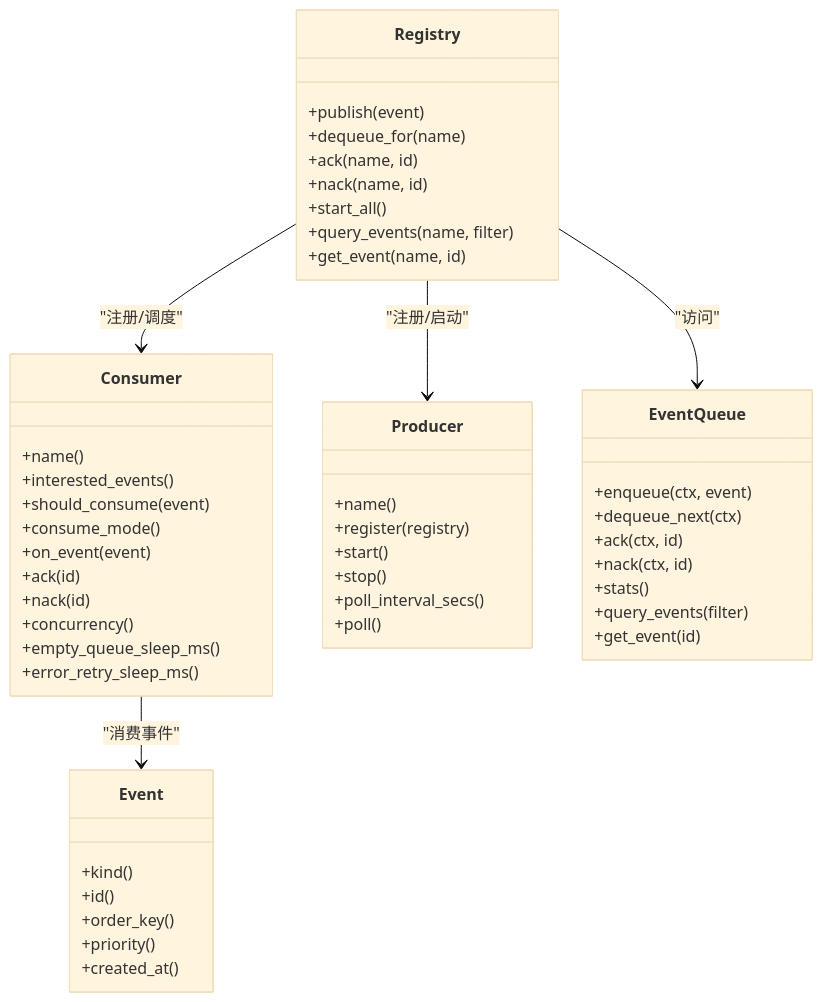
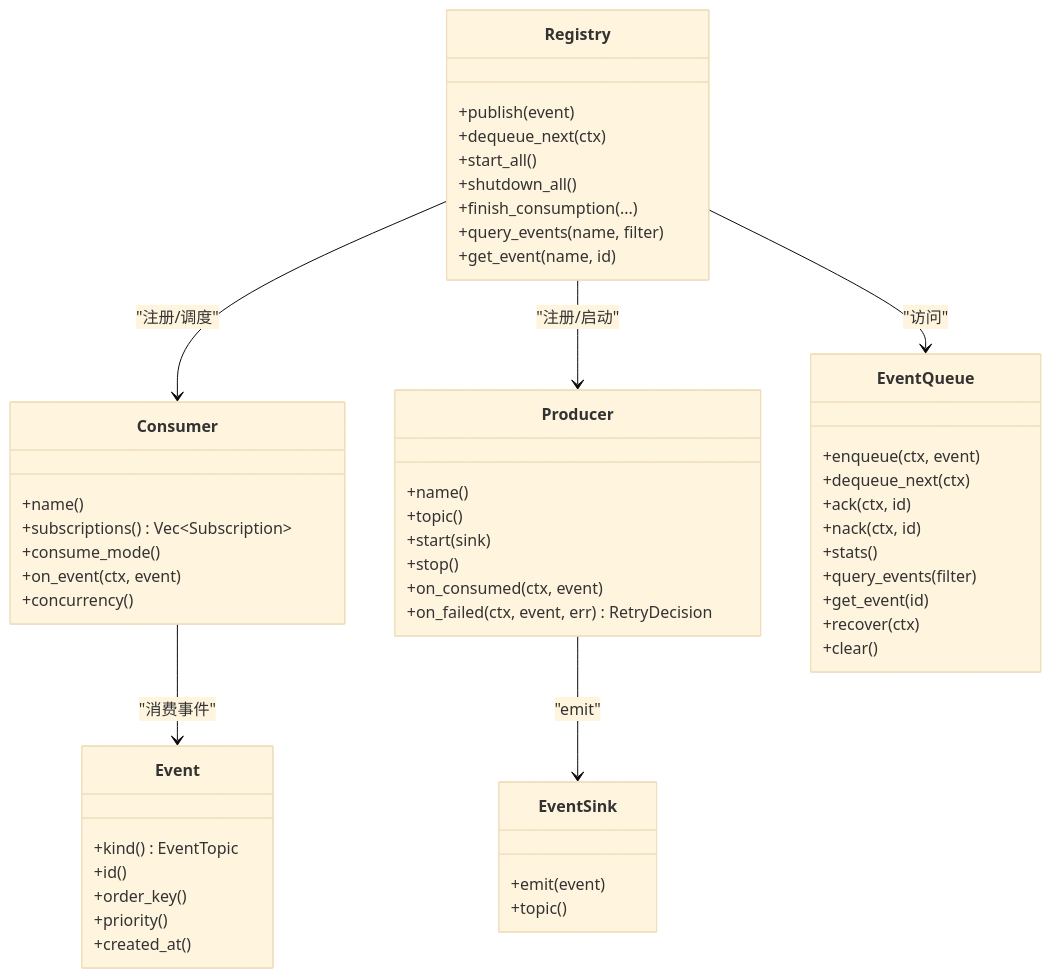
Before and after one commit to runningcoders/ai_orz: the third of 4 diagrams in docs/wiki/zh/content/核心模块/AOP 事件系统/事件队列系统/事件持久化.md, drawn with Mermaid (base theme). The commit also changed other lines of this file and 37 other files, not shown here.

````diff
--- a/docs/wiki/zh/content/核心模块/AOP 事件系统/事件队列系统/事件持久化.md
+++ b/docs/wiki/zh/content/核心模块/AOP 事件系统/事件队列系统/事件持久化.md
@@ -215,52 +232,54 @@
 ```mermaid
 classDiagram
 class Registry {
 +publish(event)
-+dequeue_for(name)
-+ack(name, id)
-+nack(name, id)
++dequeue_next(ctx)
 +start_all()
++shutdown_all()
++finish_consumption(...)
 +query_events(name, filter)
 +get_event(name, id)
 }
 class Consumer {
 +name()
-+interested_events()
-+should_consume(event)
++subscriptions() Vec~Subscription~
 +consume_mode()
-+on_event(event)
-+ack(id)
-+nack(id)
++on_event(ctx, event)
 +concurrency()
-+empty_queue_sleep_ms()
-+error_retry_sleep_ms()
 }
 class Producer {
 +name()
-+register(registry)
-+start()
++topic()
++start(sink)
 +stop()
-+poll_interval_secs()
-+poll()
++on_consumed(ctx, event)
++on_failed(ctx, event, err) RetryDecision
+}
+class EventSink {
++emit(event)
++topic()
 }
 class EventQueue {
 +enqueue(ctx, event)
 +dequeue_next(ctx)
 +ack(ctx, id)
 +nack(ctx, id)
 +stats()
 +query_events(filter)
 +get_event(id)
++recover(ctx)
++clear()
 }
 class Event {
-+kind()
++kind() EventTopic
 +id()
 +order_key()
 +priority()
 +created_at()
 }
 Registry --> Consumer : "注册/调度"
 Registry --> Producer : "注册/启动"
 Registry --> EventQueue : "访问"
+Producer --> EventSink : "emit"
 Consumer --> Event : "消费事件"
 ```
````
